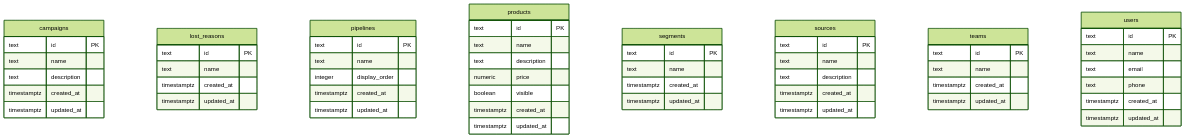
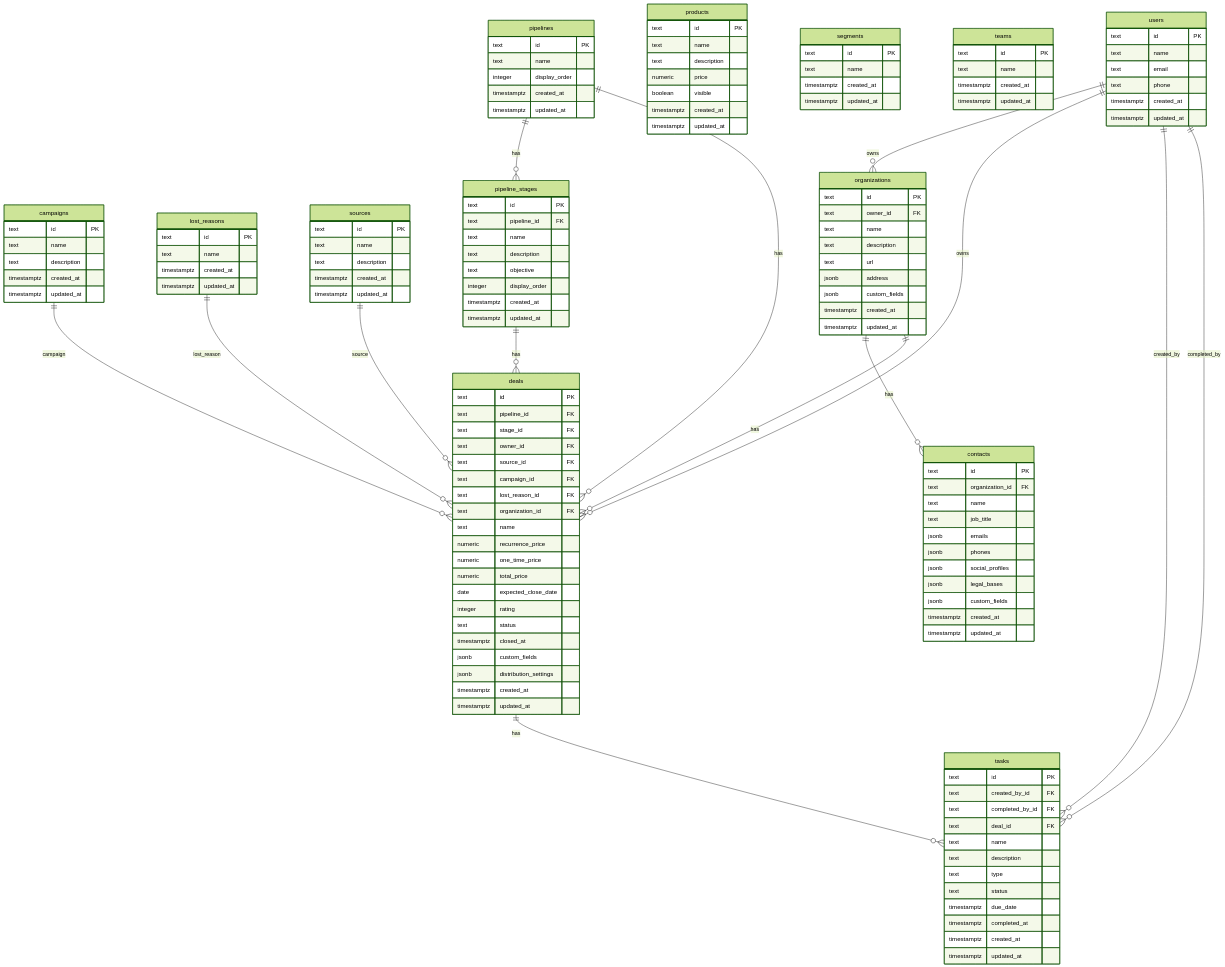
The diagram in README.md (hcubasd/curly-spoon), drawn with Mermaid (forest theme) before and after one commit. The commit also changed other lines of this file and 2 other files, not shown here.

Commit message:
feat: add pipeline_stages, organizations, contacts, deals, tasks
Migration 002 adds the five core transactional tables to the sales schema,
with FK references into the tables from migration 001 and all recommended
indexes for FK columns, status, date, and updated_at fields.

````diff
--- a/README.md
+++ b/README.md
@@ -111,4 +114,93 @@
         timestamptz created_at
         timestamptz updated_at
     }
+
+    pipeline_stages {
+        text id PK
+        text pipeline_id FK
+        text name
+        text description
+        text objective
+        integer display_order
+        timestamptz created_at
+        timestamptz updated_at
+    }
+
+    organizations {
+        text id PK
+        text owner_id FK
+        text name
+        text description
+        text url
+        jsonb address
+        jsonb custom_fields
+        timestamptz created_at
+        timestamptz updated_at
+    }
+
+    contacts {
+        text id PK
+        text organization_id FK
+        text name
+        text job_title
+        jsonb emails
+        jsonb phones
+        jsonb social_profiles
+        jsonb legal_bases
+        jsonb custom_fields
+        timestamptz created_at
+        timestamptz updated_at
+    }
+
+    deals {
+        text id PK
+        text pipeline_id FK
+        text stage_id FK
+        text owner_id FK
+        text source_id FK
+        text campaign_id FK
+        text lost_reason_id FK
+        text organization_id FK
+        text name
+        numeric recurrence_price
+        numeric one_time_price
+        numeric total_price
+        date expected_close_date
+        integer rating
+        text status
+        timestamptz closed_at
+        jsonb custom_fields
+        jsonb distribution_settings
+        timestamptz created_at
+        timestamptz updated_at
+    }
+
+    tasks {
+        text id PK
+        text created_by_id FK
+        text completed_by_id FK
+        text deal_id FK
+        text name
+        text description
+        text type
+        text status
+        timestamptz due_date
+        timestamptz completed_at
+        timestamptz created_at
+        timestamptz updated_at
+    }
+
+    pipelines ||--o{ pipeline_stages : "has"
+    pipelines ||--o{ deals : "has"
+    pipeline_stages ||--o{ deals : "has"
+    users ||--o{ organizations : "owns"
+    users ||--o{ deals : "owns"
+    users ||--o{ tasks : "created_by"
+    users ||--o{ tasks : "completed_by"
+    sources ||--o{ deals : "source"
+    campaigns ||--o{ deals : "campaign"
+    lost_reasons ||--o{ deals : "lost_reason"
+    organizations ||--o{ contacts : "has"
+    organizations ||--o{ deals : "has"
+    deals ||--o{ tasks : "has"
 ```
````
